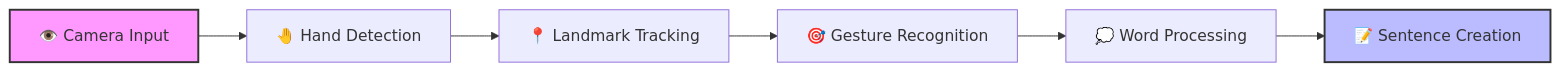
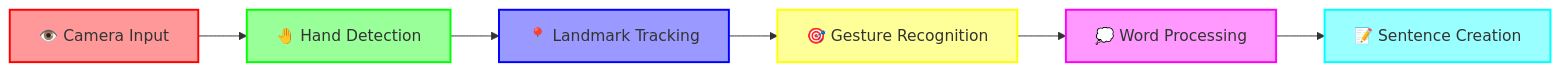
The diagram in README.md (notcaliper/HandGaze), drawn with Mermaid before and after one commit.

Commit message:
README Update

````diff
--- a/README.md
+++ b/README.md
@@ -30,10 +30,14 @@
 ```mermaid
 graph LR
     A[👁️ Camera Input] --> B[🤚 Hand Detection]
     B --> C[📍 Landmark Tracking]
     C --> D[🎯 Gesture Recognition]
     D --> E[💭 Word Processing]
     E --> F[📝 Sentence Creation]
-    style A fill:#f9f,stroke:#333,stroke-width:2px
-    style F fill:#bbf,stroke:#333,stroke-width:2px
+    style A fill:#ff9999,stroke:#ff0000,stroke-width:2px
+    style B fill:#99ff99,stroke:#00ff00,stroke-width:2px
+    style C fill:#9999ff,stroke:#0000ff,stroke-width:2px
+    style D fill:#ffff99,stroke:#ffff00,stroke-width:2px
+    style E fill:#ff99ff,stroke:#ff00ff,stroke-width:2px
+    style F fill:#99ffff,stroke:#00ffff,stroke-width:2px
 ```
````
